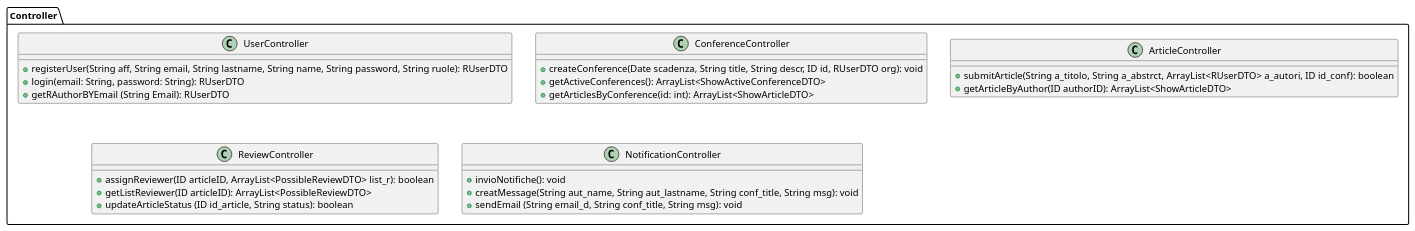
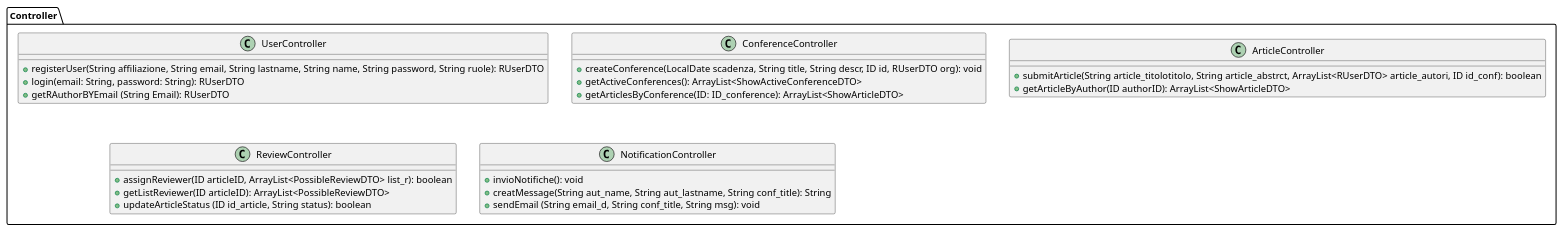
One commit to Air4x/Progetto_ISW changed the diagram in VisualParadigm/diagramma_prg_controller.puml. Above: the diagram before and after it, drawn with PlantUML. The commit also changed 4 other files, not shown here.

```diff
--- a/VisualParadigm/diagramma_prg_controller.puml
+++ b/VisualParadigm/diagramma_prg_controller.puml
@@ -1,34 +1,34 @@
 @startuml
 package Controller {
 
   class UserController {
-    + registerUser(String aff, String email, String lastname, String name, String password, String ruole): RUserDTO
+    + registerUser(String affiliazione, String email, String lastname, String name, String password, String ruole): RUserDTO
     + login(email: String, password: String): RUserDTO
     + getRAuthorBYEmail (String Email): RUserDTO
   }
 
   class ConferenceController {
-    + createConference(Date scadenza, String title, String descr, ID id, RUserDTO org): void
+    + createConference(LocalDate scadenza, String title, String descr, ID id, RUserDTO org): void
     + getActiveConferences(): ArrayList<ShowActiveConferenceDTO>
-    + getArticlesByConference(id: int): ArrayList<ShowArticleDTO>
+    + getArticlesByConference(ID: ID_conference): ArrayList<ShowArticleDTO>
   }
   
   class ArticleController {
-    + submitArticle(String a_titolo, String a_abstrct,  ArrayList<RUserDTO> a_autori, ID id_conf): boolean
+    + submitArticle(String article_titolotitolo, String article_abstrct,  ArrayList<RUserDTO> article_autori, ID id_conf): boolean
     + getArticleByAuthor(ID authorID): ArrayList<ShowArticleDTO>
   }
 
   class ReviewController {
     + assignReviewer(ID articleID, ArrayList<PossibleReviewDTO> list_r): boolean
     + getListReviewer(ID articleID): ArrayList<PossibleReviewDTO>
     + updateArticleStatus (ID id_article, String status): boolean
   }
 
   class NotificationController {
     + invioNotifiche(): void
-    + creatMessage(String aut_name, String aut_lastname, String conf_title, String msg): void
+    + creatMessage(String aut_name, String aut_lastname, String conf_title): String
     + sendEmail (String email_d, String conf_title, String msg): void
   }
 
 }
 @enduml
```
